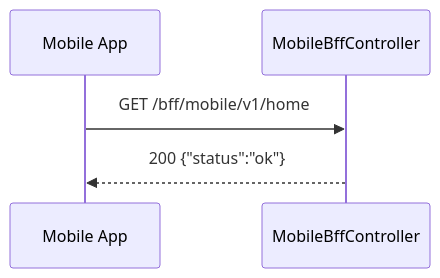
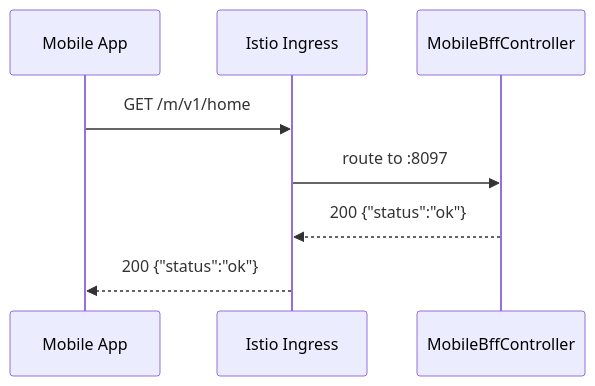
The fifth of 7 diagrams in services/mobile-bff-service/README.md (sunitakeazycommerz-a11y/InstaCommerce), drawn with Mermaid before and after one commit. The commit also changed other lines of this file and 554 other files, not shown here.

````diff
--- a/services/mobile-bff-service/README.md
+++ b/services/mobile-bff-service/README.md
@@ -56,8 +243,11 @@
 ```mermaid
 sequenceDiagram
     participant App as Mobile App
+    participant Istio as Istio Ingress
     participant BFF as MobileBffController
 
-    App->>BFF: GET /bff/mobile/v1/home
-    BFF-->>App: 200 {"status":"ok"}
+    App->>Istio: GET /m/v1/home
+    Istio->>BFF: route to :8097
+    BFF-->>Istio: 200 {"status":"ok"}
+    Istio-->>App: 200 {"status":"ok"}
 ```
````
